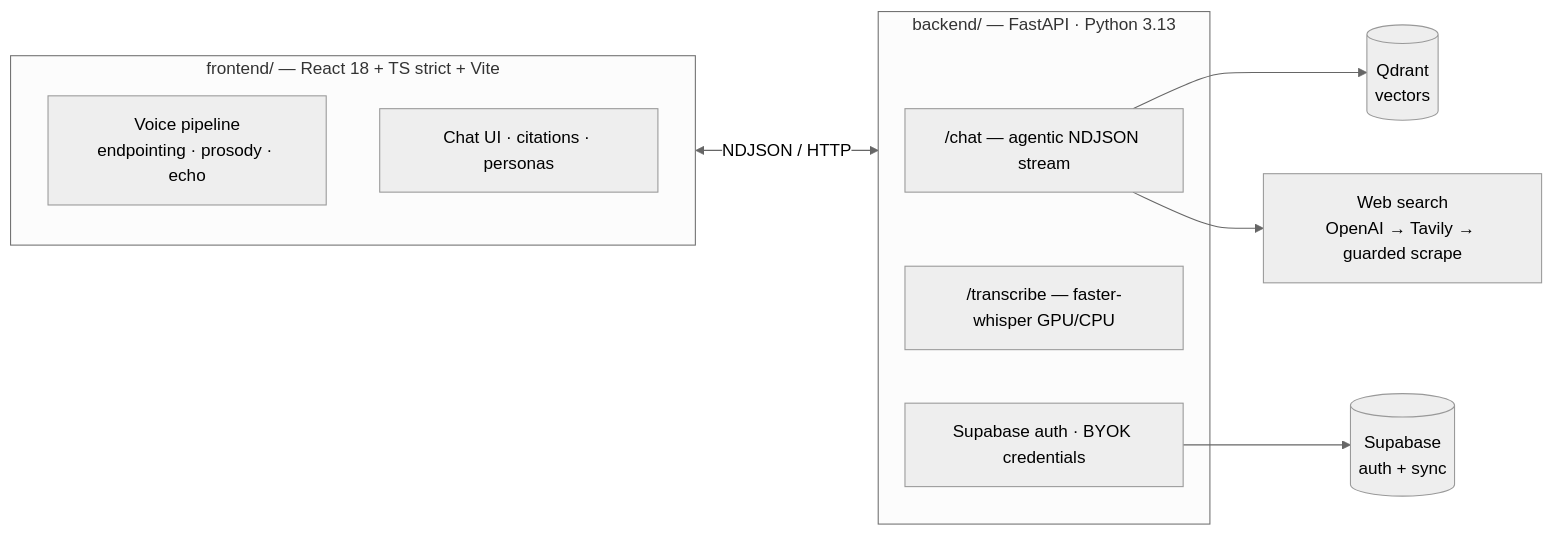
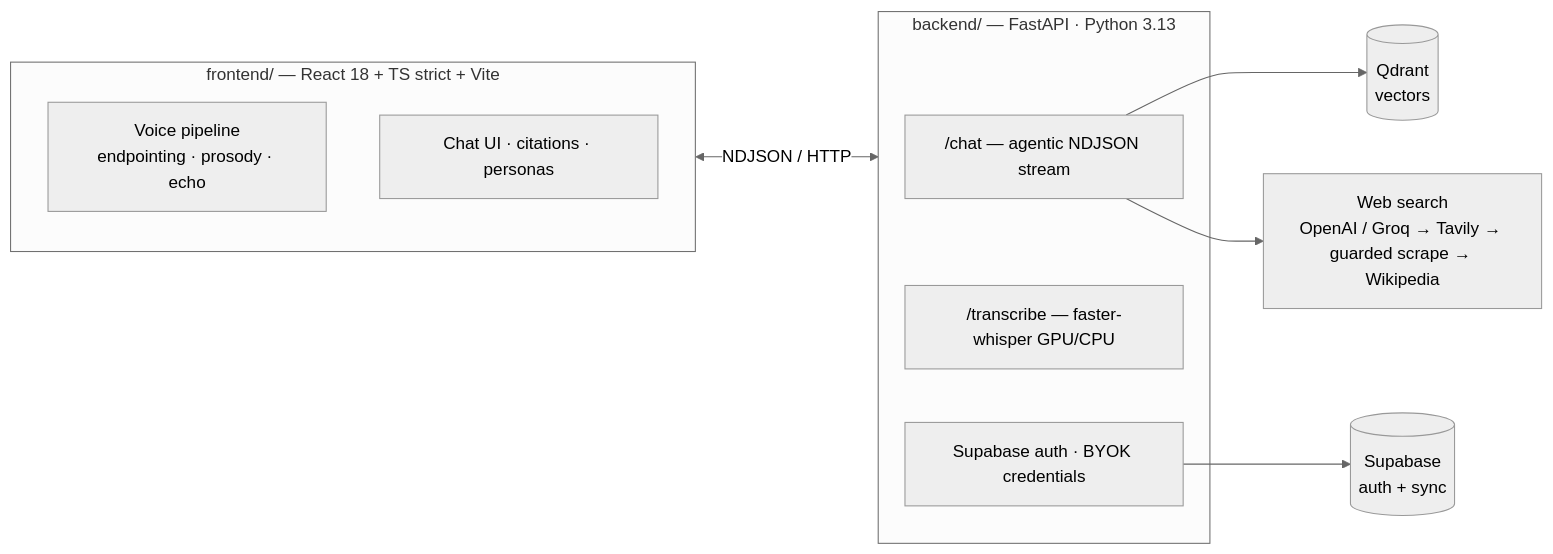
The second of 2 diagrams in README.md (sakshamkanojia19/nexus-voice-rag), drawn with Mermaid (neutral theme) before and after one commit. The commit also changed other lines of this file and 4 other files, not shown here.

````diff
--- a/README.md
+++ b/README.md
@@ -114,16 +116,16 @@
 ```mermaid
 flowchart LR
     subgraph frontend ["frontend/ — React 18 + TS strict + Vite"]
         V["Voice pipeline<br/>endpointing · prosody · echo"]
         UI["Chat UI · citations · personas"]
     end
     subgraph backend ["backend/ — FastAPI · Python 3.13"]
         CH["/chat — agentic NDJSON stream"]
         ST["/transcribe — faster-whisper GPU/CPU"]
         AU["Supabase auth · BYOK credentials"]
     end
     CH --> QD[("Qdrant<br/>vectors")]
-    CH --> W["Web search<br/>OpenAI → Tavily → guarded scrape"]
+    CH --> W["Web search<br/>OpenAI / Groq → Tavily → guarded scrape → Wikipedia"]
     AU --> SB[("Supabase<br/>auth + sync")]
     frontend <-->|NDJSON / HTTP| backend
 ```
````
